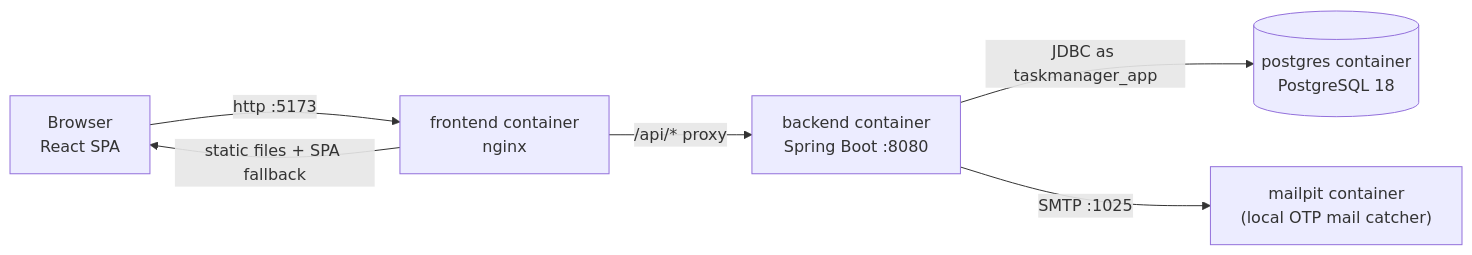
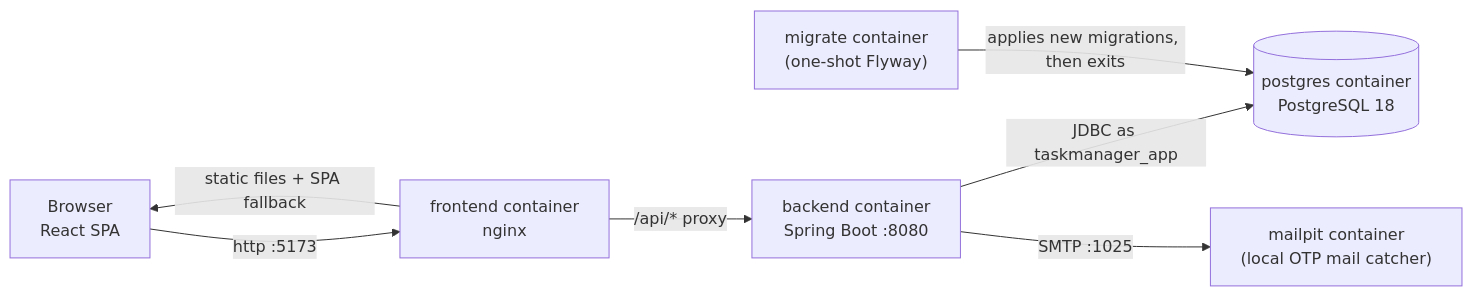
The first of 2 diagrams in docs/architecture.md (SoksovannarithNao/ProjectManagementSystem), drawn with Mermaid before and after one commit. The commit also changed other lines of this file and 98 other files, not shown here.

````diff
--- a/docs/architecture.md
+++ b/docs/architecture.md
@@ -7,8 +7,9 @@
 ```mermaid
 flowchart LR
     Browser["Browser<br/>React SPA"] -->|"http :5173"| Nginx["frontend container<br/>nginx"]
     Nginx -->|"static files + SPA fallback"| Browser
     Nginx -->|"/api/* proxy"| API["backend container<br/>Spring Boot :8080"]
     API -->|"JDBC as taskmanager_app"| PG[("postgres container<br/>PostgreSQL 18")]
     API -->|"SMTP :1025"| Mailpit["mailpit container<br/>(local OTP mail catcher)"]
+    Migrate["migrate container<br/>(one-shot Flyway)"] -->|"applies new migrations, then exits"| PG
 ```
````
